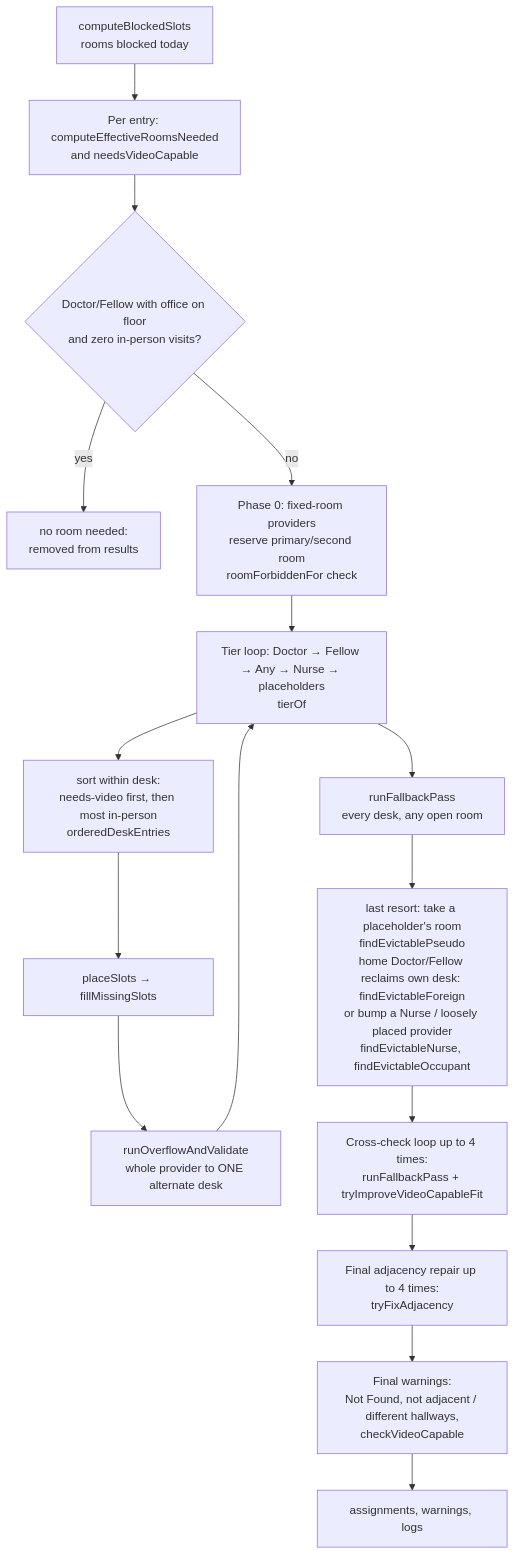
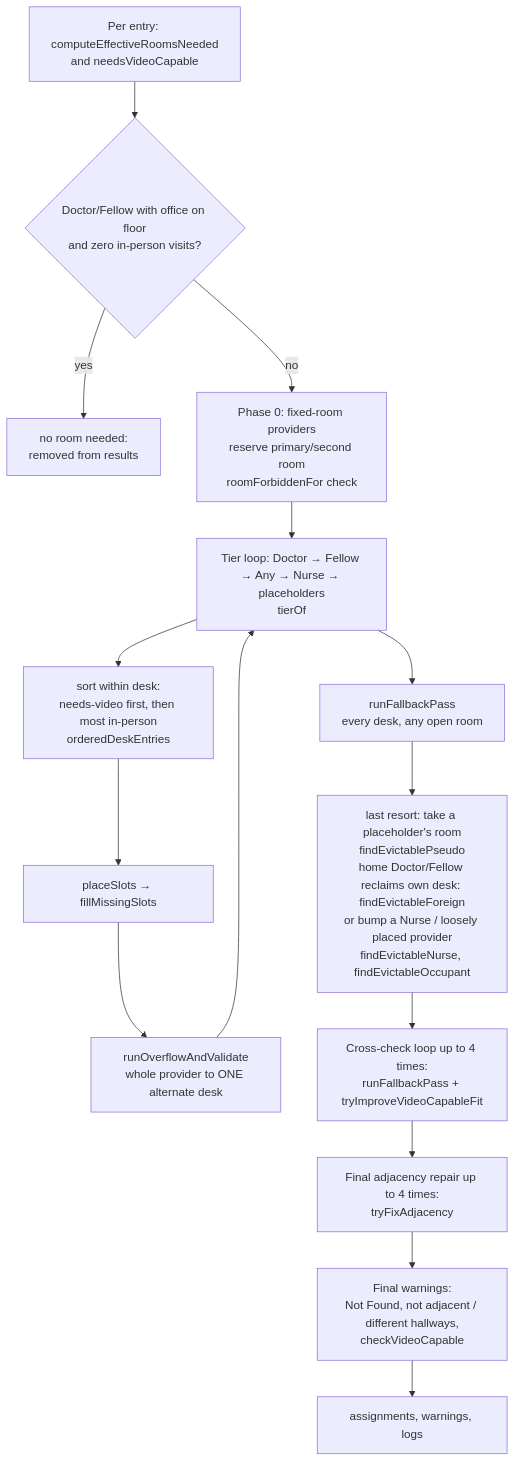
One commit to FerdousiHaque/room-assignment-app changed the third of 4 diagrams in docs/ASSIGNMENT_FLOW.md. Above: the diagram before and after it, drawn with Mermaid. The commit also changed other lines of this file and 16 other files, not shown here.

````diff
--- a/docs/ASSIGNMENT_FLOW.md
+++ b/docs/ASSIGNMENT_FLOW.md
@@ -48,19 +48,18 @@
 ```mermaid
 flowchart TD
-    S0["computeBlockedSlots<br/>rooms blocked today"] --> S1
     S1["Per entry: computeEffectiveRoomsNeeded<br/>and needsVideoCapable"] --> S2
     S2{"Doctor/Fellow with office on floor<br/>and zero in-person visits?"} -- yes --> SKIP["no room needed:<br/>removed from results"]
     S2 -- no --> P0
     P0["Phase 0: fixed-room providers<br/>reserve primary/second room<br/>roomForbiddenFor check"] --> T
     T["Tier loop: Doctor → Fellow → Any → Nurse → placeholders<br/>tierOf"]
     T --> T1["sort within desk:<br/>needs-video first, then most in-person<br/>orderedDeskEntries"]
     T1 --> T2["placeSlots → fillMissingSlots"]
     T2 --> T3["runOverflowAndValidate<br/>whole provider to ONE alternate desk"]
     T3 --> T
     T --> FB["runFallbackPass<br/>every desk, any open room"]
     FB --> FB2["last resort: take a placeholder's room<br/>findEvictablePseudo<br/>home Doctor/Fellow reclaims own desk: findEvictableForeign<br/>or bump a Nurse / loosely placed provider<br/>findEvictableNurse, findEvictableOccupant"]
     FB2 --> CC["Cross-check loop up to 4 times:<br/>runFallbackPass + tryImproveVideoCapableFit"]
     CC --> ADJ["Final adjacency repair up to 4 times:<br/>tryFixAdjacency"]
     ADJ --> WARN["Final warnings:<br/>Not Found, not adjacent / different hallways,<br/>checkVideoCapable"]
     WARN --> OUT["assignments, warnings, logs"]
 ```
````
